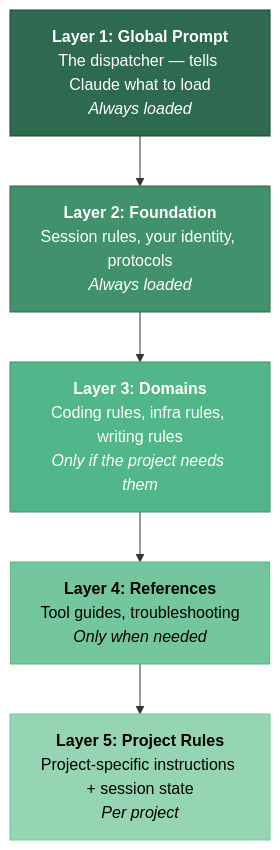
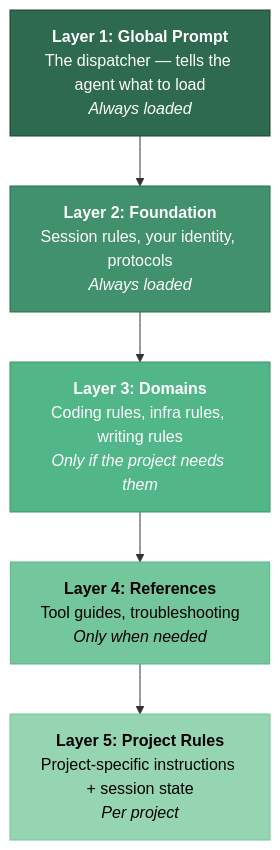
Before and after one commit to JeltzProstetnic/claude-config-template: the first of 3 diagrams in README.md, drawn with Mermaid. The commit also changed other lines of this file, not shown here.

````diff
--- a/README.md
+++ b/README.md
@@ -116,14 +116,14 @@
 ```mermaid
 graph TD
-    A["<b>Layer 1: Global Prompt</b><br/>The dispatcher — tells Claude what to load<br/><i>Always loaded</i>"] --> B
+    A["<b>Layer 1: Global Prompt</b><br/>The dispatcher — tells the agent what to load<br/><i>Always loaded</i>"] --> B
     B["<b>Layer 2: Foundation</b><br/>Session rules, your identity, protocols<br/><i>Always loaded</i>"] --> C
     C["<b>Layer 3: Domains</b><br/>Coding rules, infra rules, writing rules<br/><i>Only if the project needs them</i>"] --> D
     D["<b>Layer 4: References</b><br/>Tool guides, troubleshooting<br/><i>Only when needed</i>"] --> E
     E["<b>Layer 5: Project Rules</b><br/>Project-specific instructions + session state<br/><i>Per project</i>"]
 
     style A fill:#2d6a4f,stroke:#1b4332,color:#fff
     style B fill:#40916c,stroke:#2d6a4f,color:#fff
     style C fill:#52b788,stroke:#40916c,color:#fff
     style D fill:#74c69d,stroke:#52b788,color:#000
     style E fill:#95d5b2,stroke:#74c69d,color:#000
 ```
````
